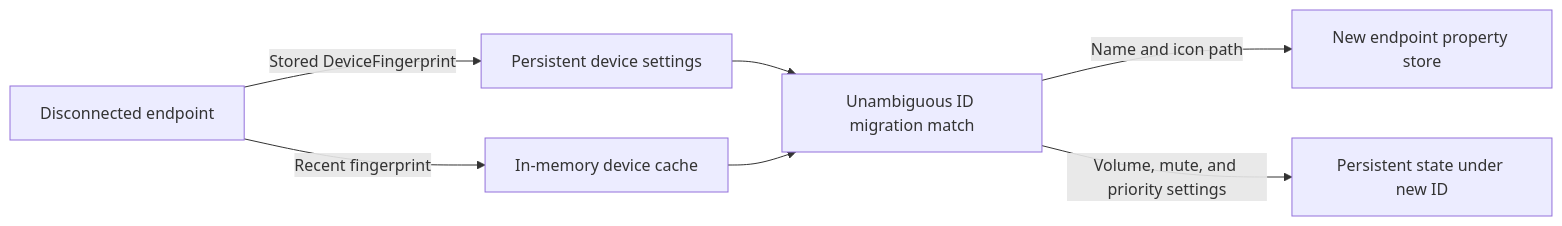
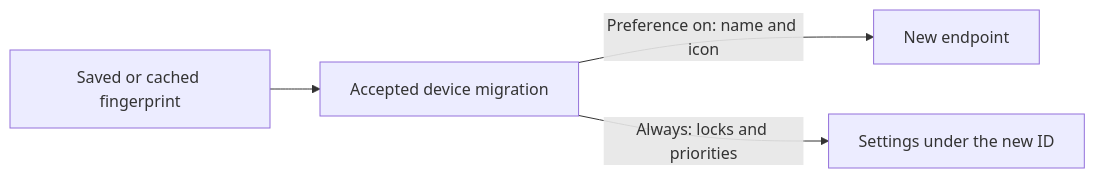
Before and after one commit to felipecrs/volume-locker: the diagram in docs/device-property-migration.md, drawn with Mermaid. The commit also changed other lines of this file and 8 other files, not shown here.

````diff
--- a/docs/device-property-migration.md
+++ b/docs/device-property-migration.md
@@ -16,9 +26,6 @@
 ```mermaid
 flowchart LR
-    OLD[Disconnected endpoint] -->|Stored DeviceFingerprint| CFG[Persistent device settings]
-    OLD -->|Recent fingerprint| CACHE[In-memory device cache]
-    CFG --> MATCH[Unambiguous ID migration match]
-    CACHE --> MATCH
-    MATCH -->|Name and icon path| NEW[New endpoint property store]
-    MATCH -->|Volume, mute, and priority settings| STATE[Persistent state under new ID]
+    OLD[Saved or cached fingerprint] --> MATCH[Accepted device migration]
+    MATCH -->|Preference on: name and icon| NEW[New endpoint]
+    MATCH -->|Always: locks and priorities| STATE[Settings under the new ID]
 ```
````
